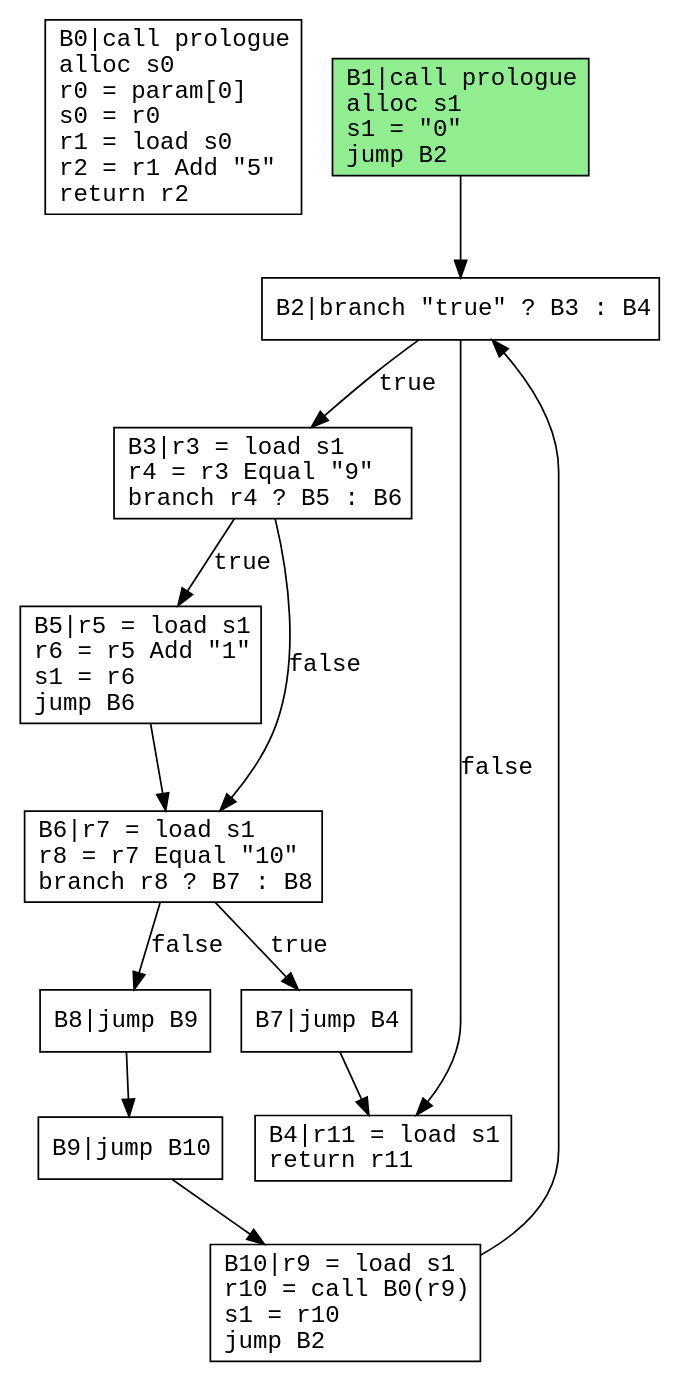
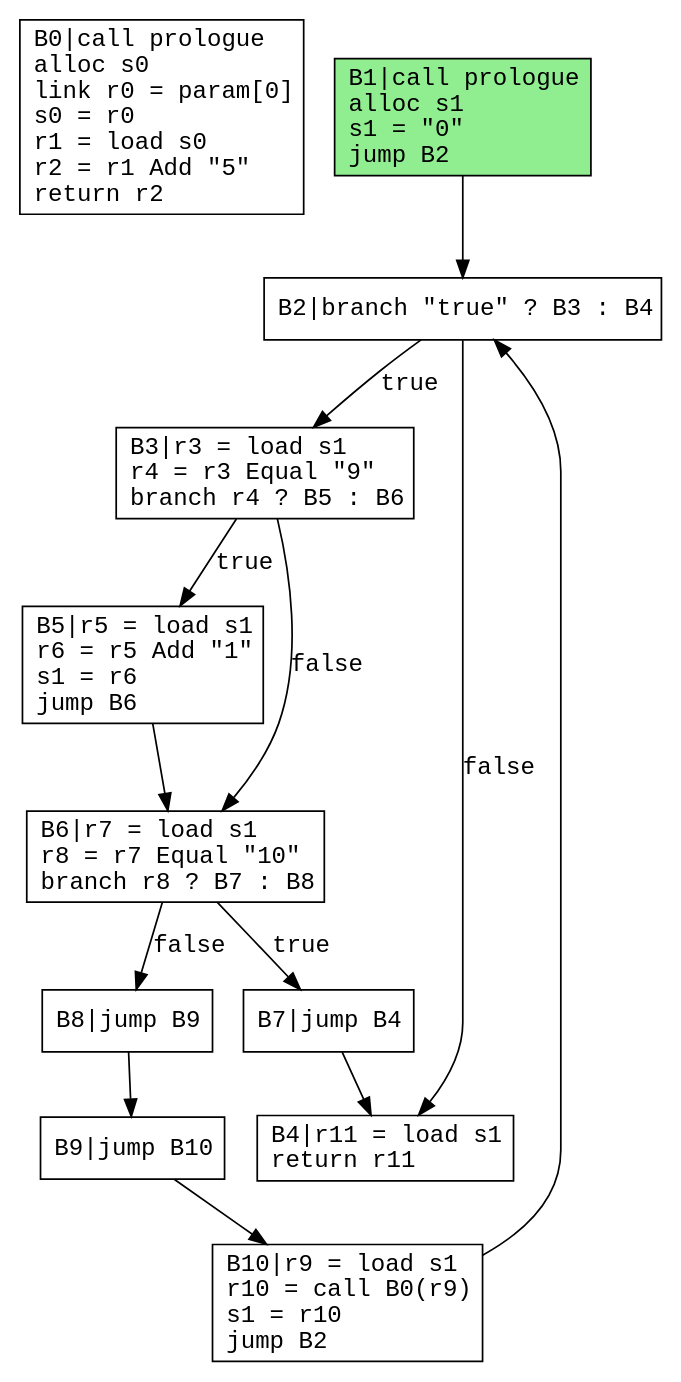
Before and after one commit to safarislava/ProcTranslator: the diagram in output/while.dot, drawn with Graphviz. The commit also changed 18 other files, not shown here.

```diff
--- a/output/while.dot
+++ b/output/while.dot
@@ -1,30 +1,30 @@
 digraph CFG {
   rankdir=TB;
   node [shape=box, fontname="Courier"];
   edge [fontname="Courier"];
 
-  B0 [label="B0|call prologue\lalloc s0\lr0 = param[0]\ls0 = r0\lr1 = load s0\lr2 = r1 Add \"5\"\lreturn r2\l"];
+  B0 [label="B0|call prologue\lalloc s0\llink r0 = param[0]\ls0 = r0\lr1 = load s0\lr2 = r1 Add \"5\"\lreturn r2\l"];
   B1 [label="B1|call prologue\lalloc s1\ls1 = \"0\"\ljump B2\l"];
   B2 [label="B2|branch \"true\" ? B3 : B4\l"];
   B3 [label="B3|r3 = load s1\lr4 = r3 Equal \"9\"\lbranch r4 ? B5 : B6\l"];
   B4 [label="B4|r11 = load s1\lreturn r11\l"];
   B5 [label="B5|r5 = load s1\lr6 = r5 Add \"1\"\ls1 = r6\ljump B6\l"];
   B6 [label="B6|r7 = load s1\lr8 = r7 Equal \"10\"\lbranch r8 ? B7 : B8\l"];
   B7 [label="B7|jump B4\l"];
   B8 [label="B8|jump B9\l"];
   B9 [label="B9|jump B10\l"];
   B10 [label="B10|r9 = load s1\lr10 = call B0(r9)\ls1 = r10\ljump B2\l"];
   B1 -> B2;
   B2 -> B3 [label="true"];
   B2 -> B4 [label="false"];
   B3 -> B5 [label="true"];
   B3 -> B6 [label="false"];
   B5 -> B6;
   B6 -> B7 [label="true"];
   B6 -> B8 [label="false"];
   B7 -> B4;
   B8 -> B9;
   B9 -> B10;
   B10 -> B2;
   B1 [style=filled, fillcolor=lightgreen];
 }
```
